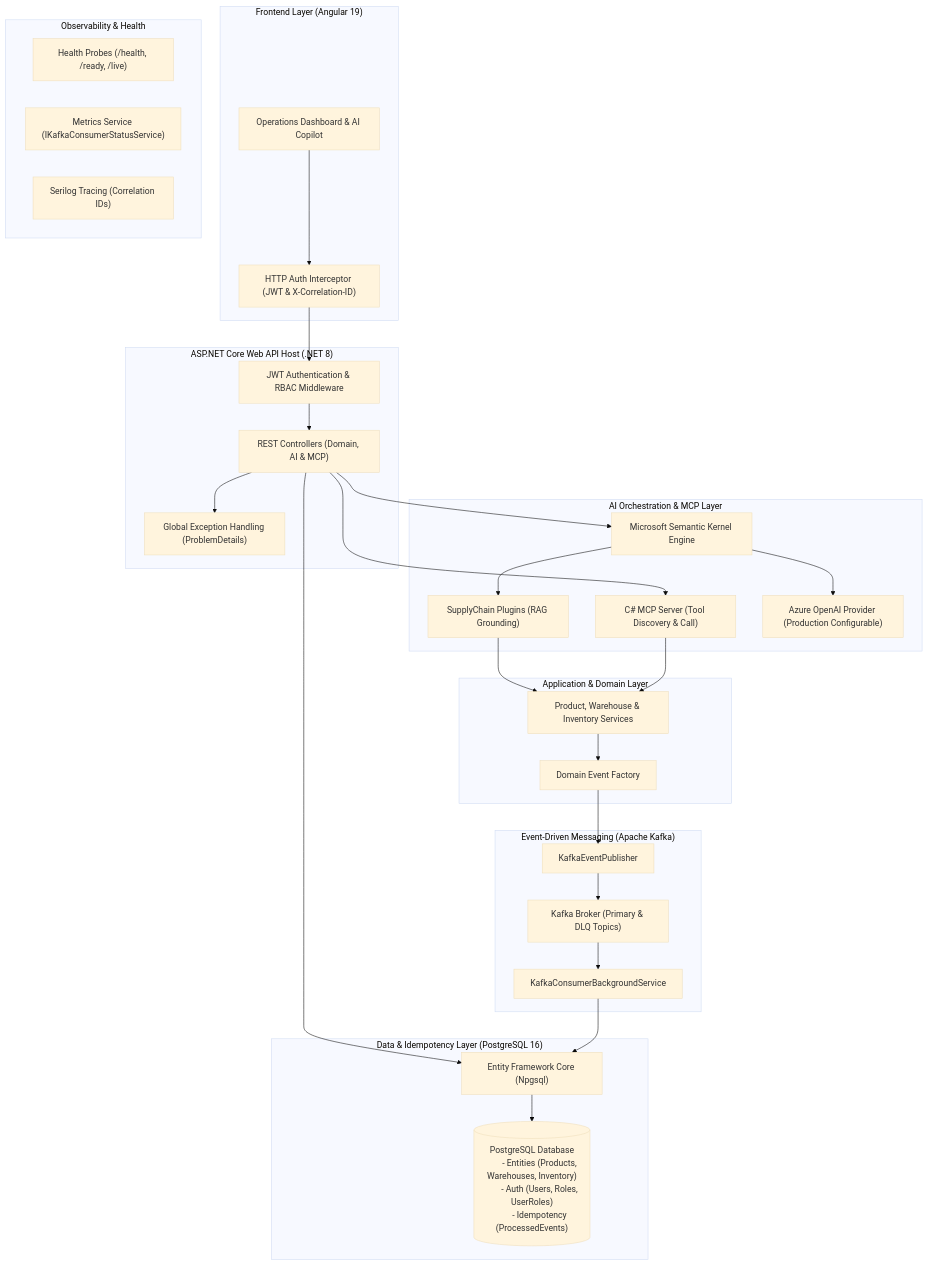
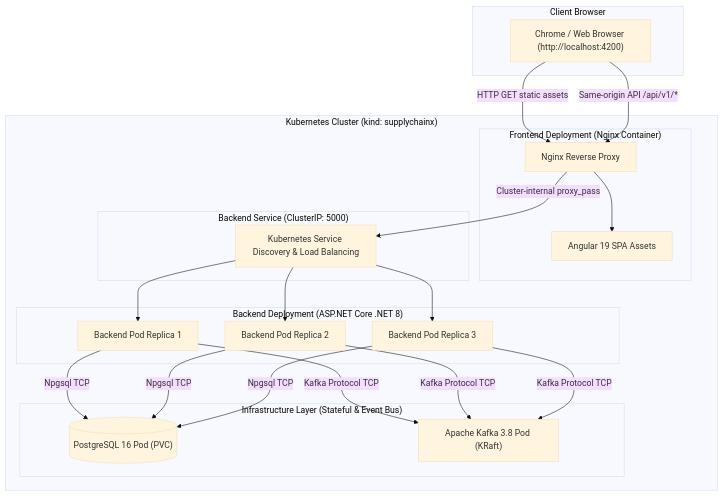
Before and after one commit to Sarath-Patti/SupplyChainX: the first of 2 diagrams in README.md, drawn with Mermaid (base theme). The commit also changed other lines of this file and 11 other files, not shown here.

````diff
--- a/README.md
+++ b/README.md
@@ -46,58 +47,39 @@
 ```mermaid
 flowchart TD
-    subgraph Client ["Frontend Layer (Angular 19)"]
-        UI["Operations Dashboard & AI Copilot"]
-        AuthInterceptor["HTTP Auth Interceptor (JWT & X-Correlation-ID)"]
-        UI --> AuthInterceptor
+    subgraph Client ["Client Browser"]
+        Browser["Chrome / Web Browser (http://localhost:4200)"]
     end
 
-    subgraph API ["ASP.NET Core Web API Host (.NET 8)"]
-        Controllers["REST Controllers (Domain, AI & MCP)"]
-        AuthMiddleware["JWT Authentication & RBAC Middleware"]
-        ExceptionMiddleware["Global Exception Handling (ProblemDetails)"]
-        AuthInterceptor --> AuthMiddleware --> Controllers
-        Controllers --> ExceptionMiddleware
+    subgraph Cluster ["Kubernetes Cluster (kind: supplychainx)"]
+        subgraph FrontendPod ["Frontend Deployment (Nginx Container)"]
+            Nginx["Nginx Reverse Proxy"]
+            StaticAssets["Angular 19 SPA Assets"]
+        end
+
+        subgraph BackendSvc ["Backend Service (ClusterIP: 5000)"]
+            K8sService["Kubernetes Service Discovery & Load Balancing"]
+        end
+
+        subgraph BackendPod ["Backend Deployment (ASP.NET Core .NET 8)"]
+            Replica1["Backend Pod Replica 1"]
+            Replica2["Backend Pod Replica 2"]
+            Replica3["Backend Pod Replica 3"]
+        end
+
+        subgraph InfraPods ["Infrastructure Layer (Stateful & Event Bus)"]
+            PostgreSQL[("PostgreSQL 16 Pod (PVC)")]
+            Kafka["Apache Kafka 3.8 Pod (KRaft)"]
+        end
     end
 
-    subgraph App ["Application & Domain Layer"]
-        Services["Product, Warehouse & Inventory Services"]
-        DomainEvents["Domain Event Factory"]
-        Services --> DomainEvents
-    end
+    Browser -->|HTTP GET static assets| Nginx
+    Nginx --> StaticAssets
+    Browser -->|Same-origin API /api/v1/*| Nginx
+    Nginx -->|Cluster-internal proxy_pass| K8sService
+    K8sService --> Replica1
+    K8sService --> Replica2
+    K8sService --> Replica3
 
-    subgraph AI_Engine ["AI Orchestration & MCP Layer"]
-        SK["Microsoft Semantic Kernel Engine"]
-        RAG["SupplyChain Plugins (RAG Grounding)"]
-        MCP["C# MCP Server (Tool Discovery & Call)"]
-        AzureConfig["Azure OpenAI Provider (Production Configurable)"]
-        Controllers --> SK
-        Controllers --> MCP
-        SK --> RAG --> Services
-        SK --> AzureConfig
-        MCP --> Services
-    end
-
-    subgraph Messaging ["Event-Driven Messaging (Apache Kafka)"]
-        Producer["KafkaEventPublisher"]
-        KafkaBroker["Kafka Broker (Primary & DLQ Topics)"]
-        Consumer["KafkaConsumerBackgroundService"]
-        DomainEvents --> Producer --> KafkaBroker
-        KafkaBroker --> Consumer
-    end
-
-    subgraph Persistence ["Data & Idempotency Layer (PostgreSQL 16)"]
-        EFCore["Entity Framework Core (Npgsql)"]
-        Db[("PostgreSQL Database
-        - Entities (Products, Warehouses, Inventory)
-        - Auth (Users, Roles, UserRoles)
-        - Idempotency (ProcessedEvents)")]
-        Controllers --> EFCore --> Db
-        Consumer --> EFCore
-    end
-
-    subgraph Telemetry ["Observability & Health"]
-        Health["Health Probes (/health, /ready, /live)"]
-        Metrics["Metrics Service (IKafkaConsumerStatusService)"]
-        Serilog["Serilog Tracing (Correlation IDs)"]
-    end
+    Replica1 & Replica2 & Replica3 -->|Npgsql TCP| PostgreSQL
+    Replica1 & Replica2 & Replica3 -->|Kafka Protocol TCP| Kafka
 ```
````
